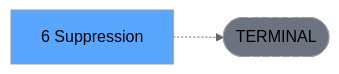
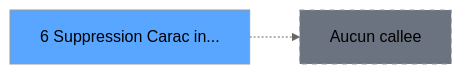
One commit to thonyAGP/magic-migration changed the third of 3 diagrams in .openspec/specs/ADH-IDE-6.md. Above: the diagram before and after it, drawn with Mermaid (neutral theme). The commit also changed other lines of this file and 253 other files, not shown here.

````diff
--- a/.openspec/specs/ADH-IDE-6.md
+++ b/.openspec/specs/ADH-IDE-6.md
@@ -134,8 +154,8 @@
 ```mermaid
 graph LR
-    T[6     Suppression]
-    TERM([TERMINAL])
-    T -.-> TERM
-    style TERM fill:#6b7280,stroke-dasharray: 5 5
-    style T fill:#58a6ff,color:#000
+    T6[6 Suppression Carac in...]
+    style T6 fill:#58a6ff
+    NONE[Aucun callee]
+    T6 -.-> NONE
+    style NONE fill:#6b7280,stroke-dasharray: 5 5
 ```
````
